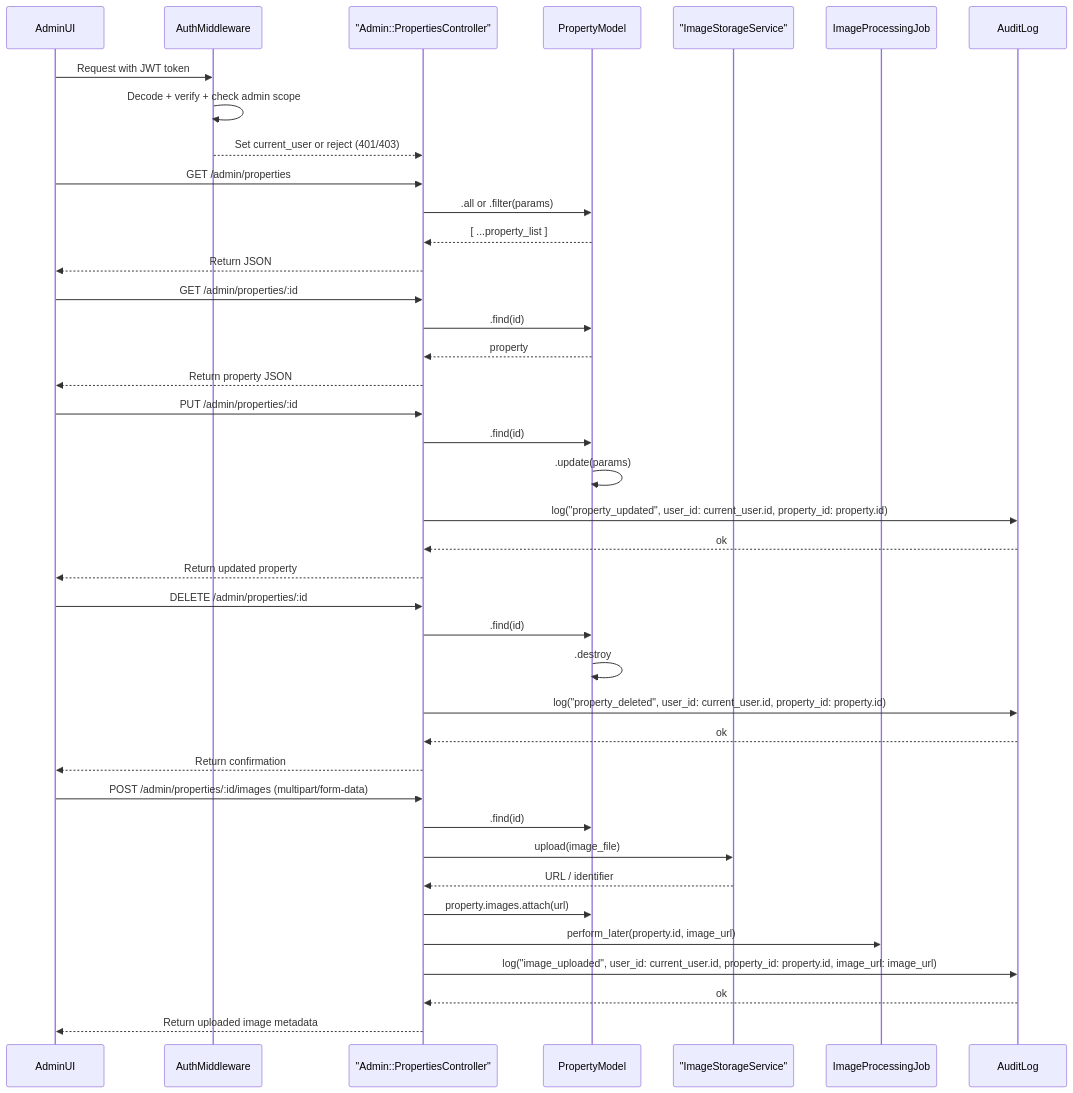
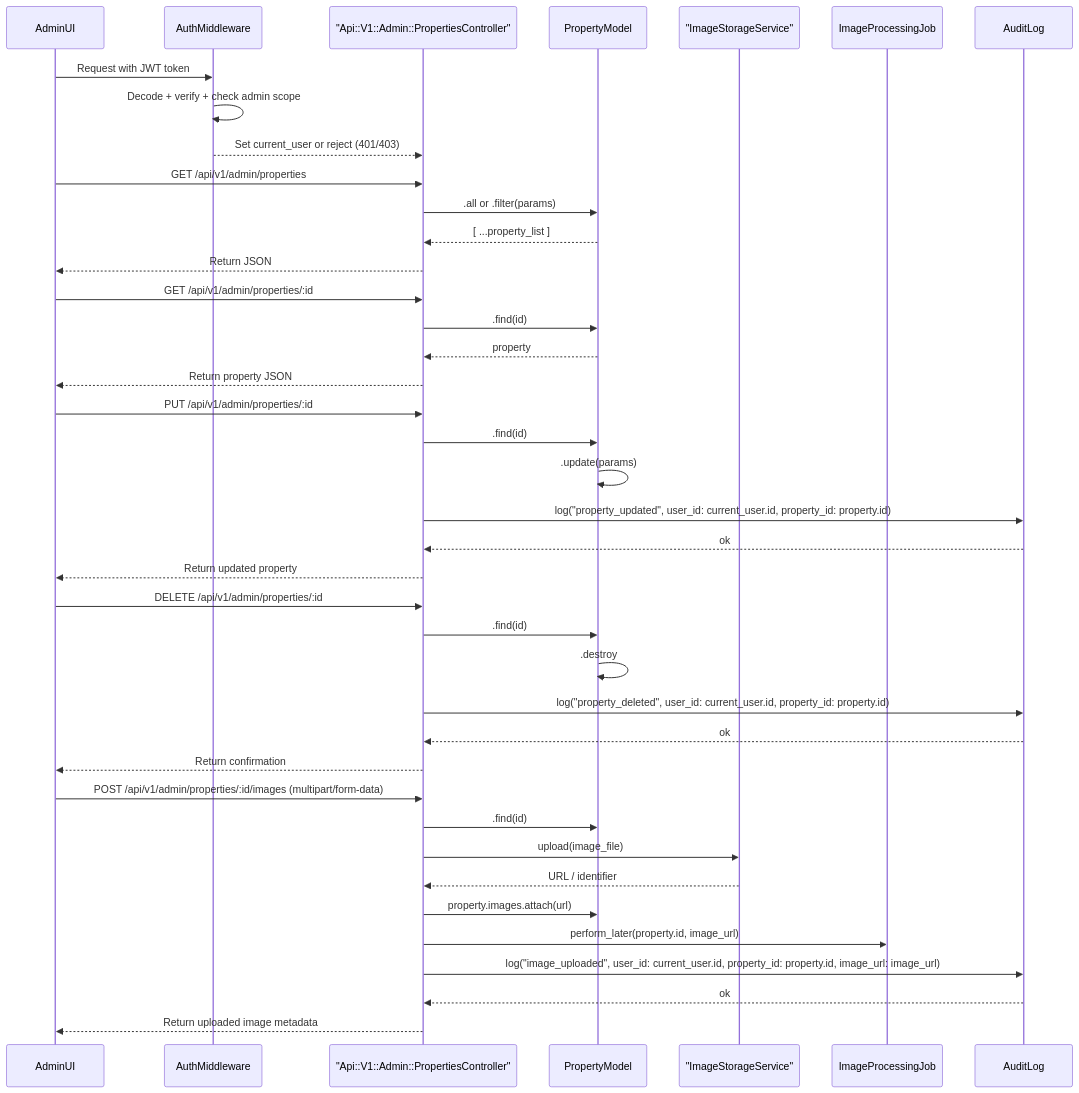
The diagram in diagrams/admins/properties.mermaid (Video-API-architecture/architecture-proposal), drawn with Mermaid before and after one commit. The commit also changed 26 other files, not shown here.

Commit message:
add missing namespaces in diagrams

```diff
--- a/diagrams/admins/properties.mermaid
+++ b/diagrams/admins/properties.mermaid
@@ -1,52 +1,52 @@
 sequenceDiagram
     participant AdminUI
     participant Auth as AuthMiddleware
-    participant APC as "Admin::PropertiesController"
+    participant APC as "Api::V1::Admin::PropertiesController"
     participant Property as PropertyModel
     participant Storage as "ImageStorageService"
     participant ImageProcessingJob
     participant AuditLog
 
     %% Auth check (admin only)
     AdminUI->>Auth: Request with JWT token
     Auth->>Auth: Decode + verify + check admin scope
     Auth-->>APC: Set current_user or reject (401/403)
 
     %% List all properties
-    AdminUI->>APC: GET /admin/properties
+    AdminUI->>APC: GET /api/v1/admin/properties
     APC->>Property: .all or .filter(params)
     Property-->>APC: [ ...property_list ]
     APC-->>AdminUI: Return JSON
 
     %% Get property details
-    AdminUI->>APC: GET /admin/properties/:id
+    AdminUI->>APC: GET /api/v1/admin/properties/:id
     APC->>Property: .find(id)
     Property-->>APC: property
     APC-->>AdminUI: Return property JSON
 
     %% Update property
-    AdminUI->>APC: PUT /admin/properties/:id
+    AdminUI->>APC: PUT /api/v1/admin/properties/:id
     APC->>Property: .find(id)
     Property->>Property: .update(params)
     APC->>AuditLog: log("property_updated", user_id: current_user.id, property_id: property.id)
     AuditLog-->>APC: ok
     APC-->>AdminUI: Return updated property
 
     %% Delete property
-    AdminUI->>APC: DELETE /admin/properties/:id
+    AdminUI->>APC: DELETE /api/v1/admin/properties/:id
     APC->>Property: .find(id)
     Property->>Property: .destroy
     APC->>AuditLog: log("property_deleted", user_id: current_user.id, property_id: property.id)
     AuditLog-->>APC: ok
     APC-->>AdminUI: Return confirmation
 
     %% Upload property image
-    AdminUI->>APC: POST /admin/properties/:id/images (multipart/form-data)
+    AdminUI->>APC: POST /api/v1/admin/properties/:id/images (multipart/form-data)
     APC->>Property: .find(id)
     APC->>Storage: upload(image_file)
     Storage-->>APC: URL / identifier
     APC->>Property: property.images.attach(url)
     APC->>ImageProcessingJob: perform_later(property.id, image_url)
     APC->>AuditLog: log("image_uploaded", user_id: current_user.id, property_id: property.id, image_url: image_url)
     AuditLog-->>APC: ok
     APC-->>AdminUI: Return uploaded image metadata
```
